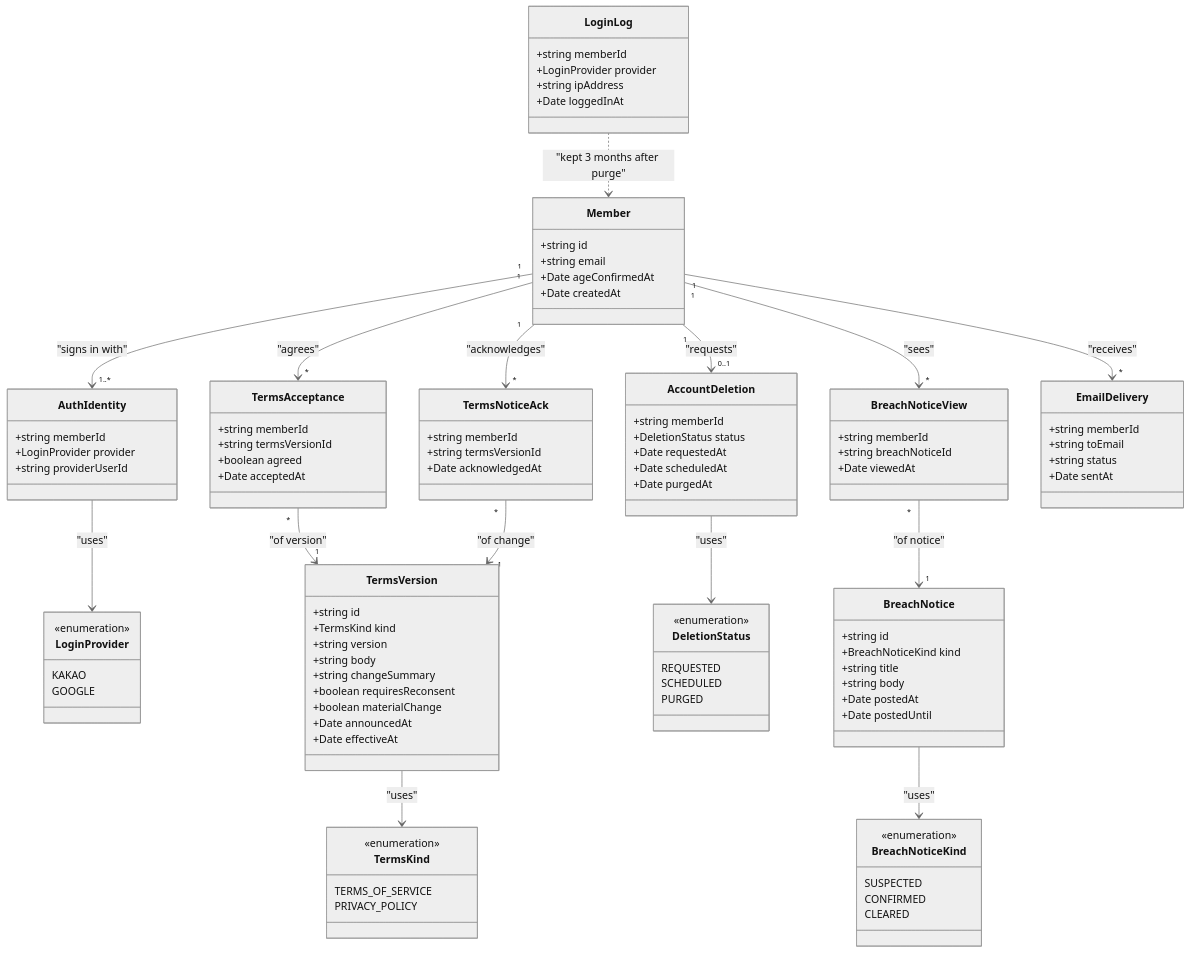
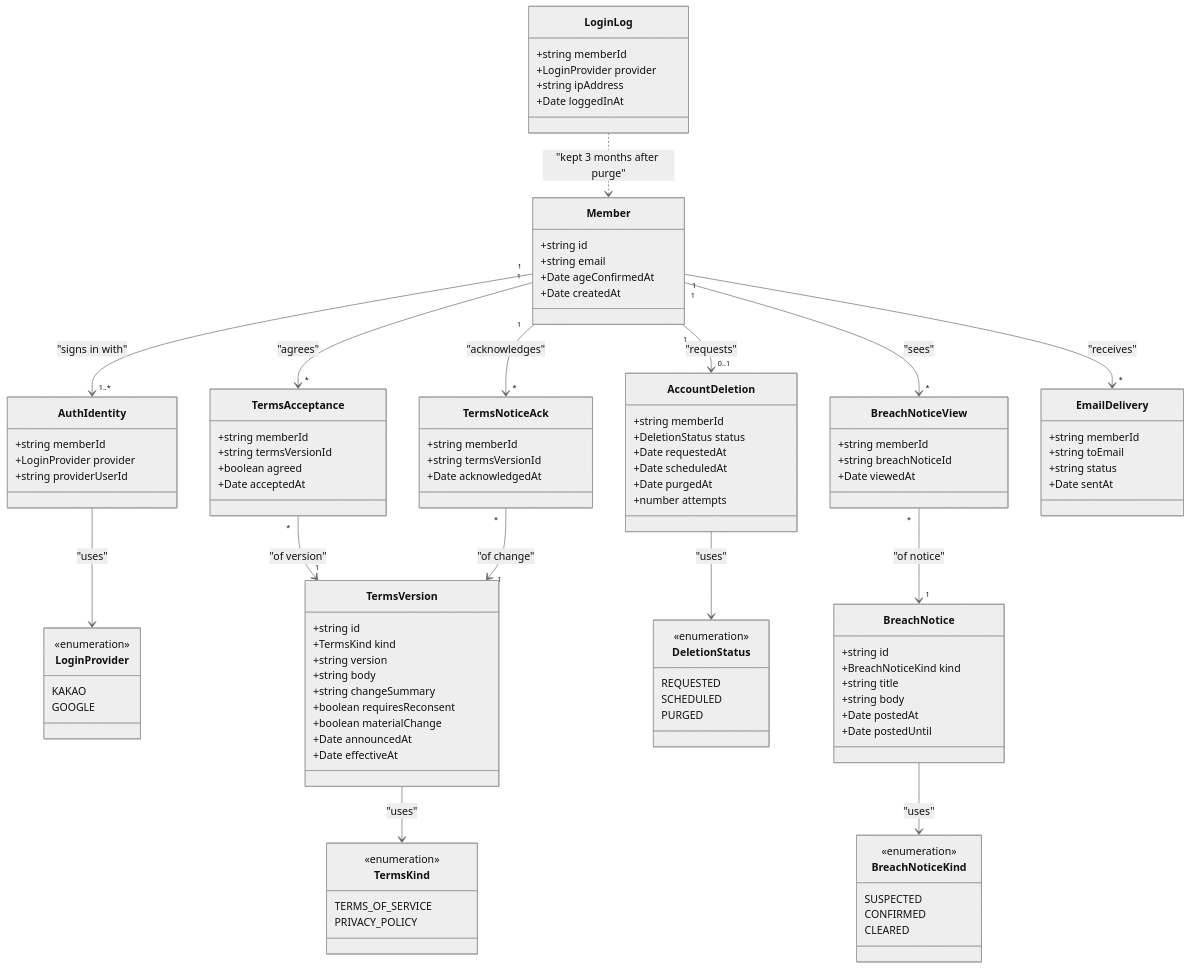
The first of 2 diagrams in docs/specs/001-account/design/domain.md (god3v/hamtteukka), drawn with Mermaid (neutral theme) before and after one commit. The commit also changed other lines of this file and 4 other files, not shown here.

```diff
--- a/docs/specs/001-account/design/domain.md
+++ b/docs/specs/001-account/design/domain.md
@@ -77,6 +77,7 @@
     +Date requestedAt
     +Date scheduledAt
     +Date purgedAt
+    +number attempts
   }
   class DeletionStatus {
     <<enumeration>>
```
